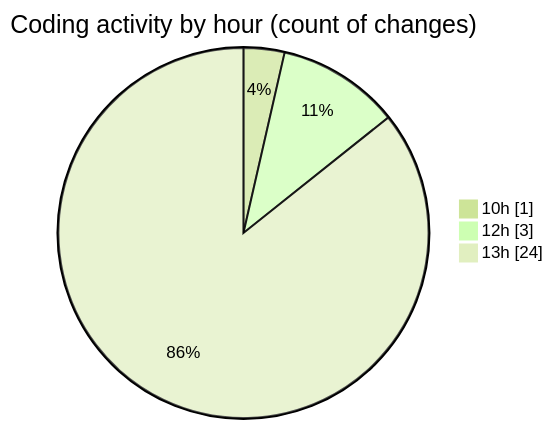
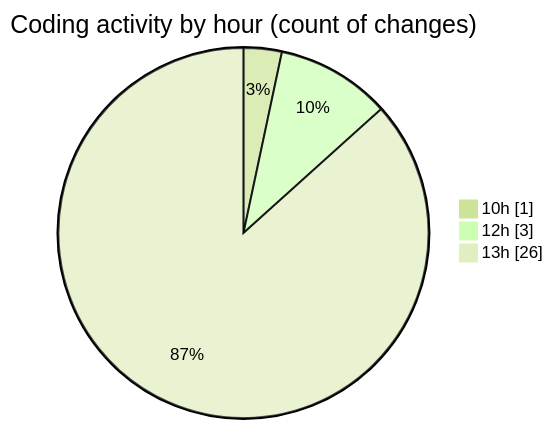
The second of 2 diagrams in 2025-08-01/cda/README.md (momahboobian/code-tracking), drawn with Mermaid (forest theme) before and after one commit. The commit also changed other lines of this file and 1 other file, not shown here.

````diff
--- a/2025-08-01/cda/README.md
+++ b/2025-08-01/cda/README.md
@@ -28,7 +28,7 @@
 ```mermaid
 pie showData
 title Coding activity by hour (count of changes)
 "10h" : 1
 "12h" : 3
-"13h" : 24
+"13h" : 26
 ```
````
